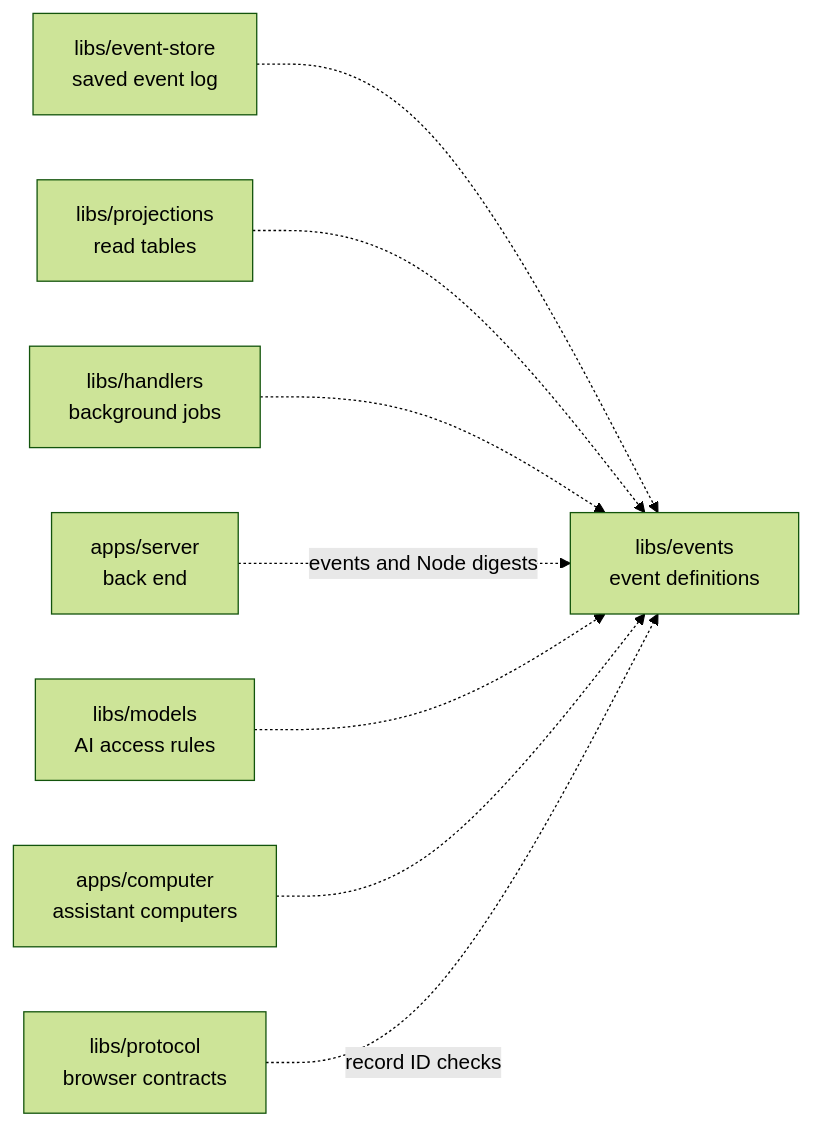
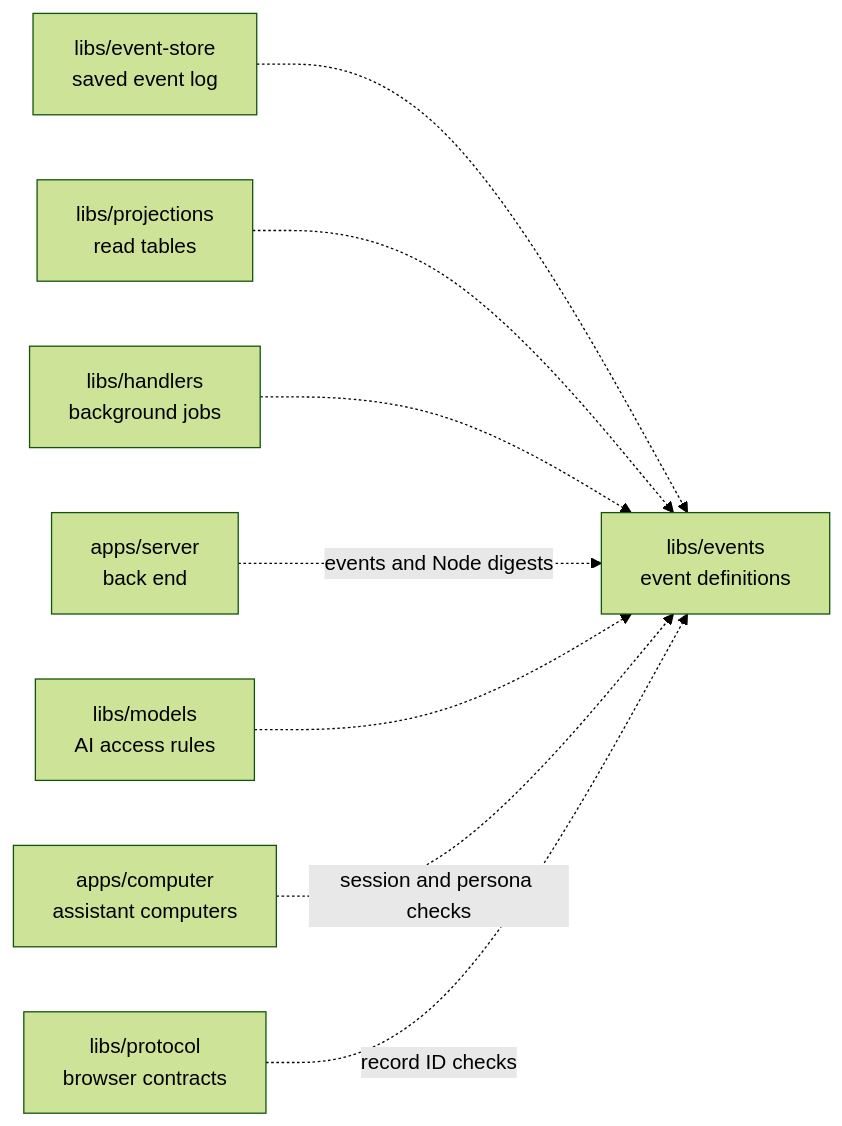
One commit to elewa-git/opencrane-new changed the diagram in libs/events/README.md. Above: the diagram before and after it, drawn with Mermaid (forest theme). The commit also changed other lines of this file and 104 other files, not shown here.

````diff
--- a/libs/events/README.md
+++ b/libs/events/README.md
@@ -17,10 +17,10 @@
 ```mermaid
 flowchart LR
   store["libs/event-store<br/>saved event log"] -.-> events["libs/events<br/>event definitions"]
   projections["libs/projections<br/>read tables"] -.-> events
   handlers["libs/handlers<br/>background jobs"] -.-> events
   server["apps/server<br/>back end"] -.->|events and Node digests| events
   models["libs/models<br/>AI access rules"] -.-> events
-  computer["apps/computer<br/>assistant computers"] -.-> events
+  computer["apps/computer<br/>assistant computers"] -.->|session and persona checks| events
   protocol["libs/protocol<br/>browser contracts"] -.->|record ID checks| events
 ```
````
